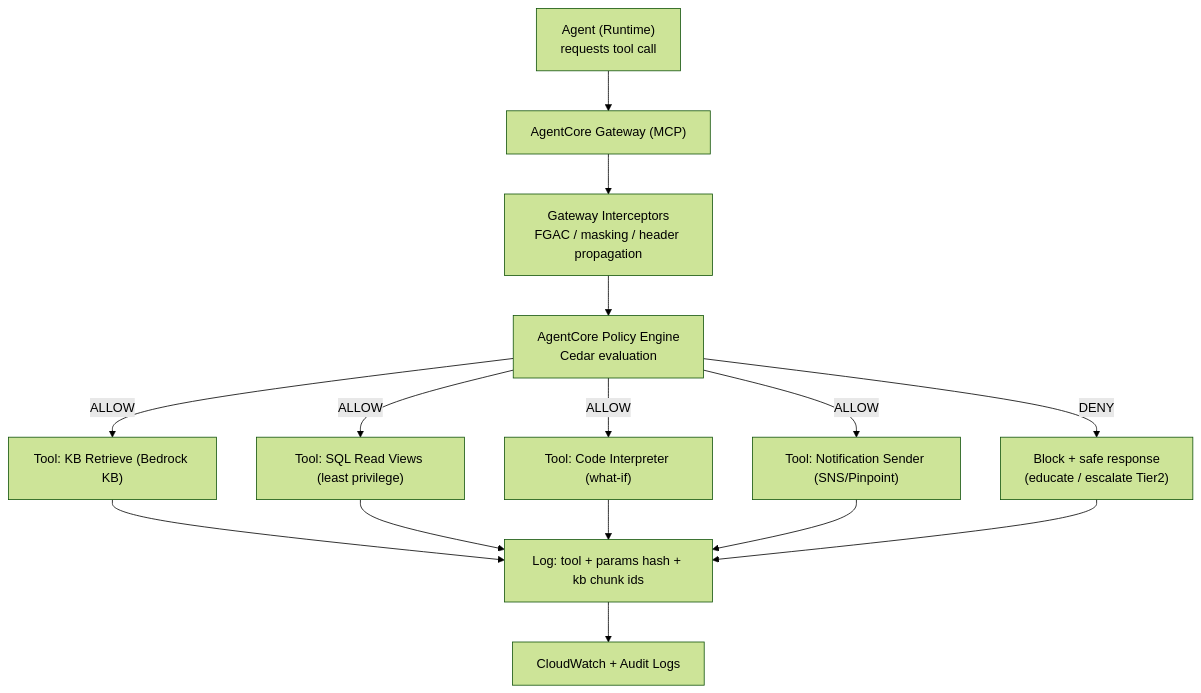
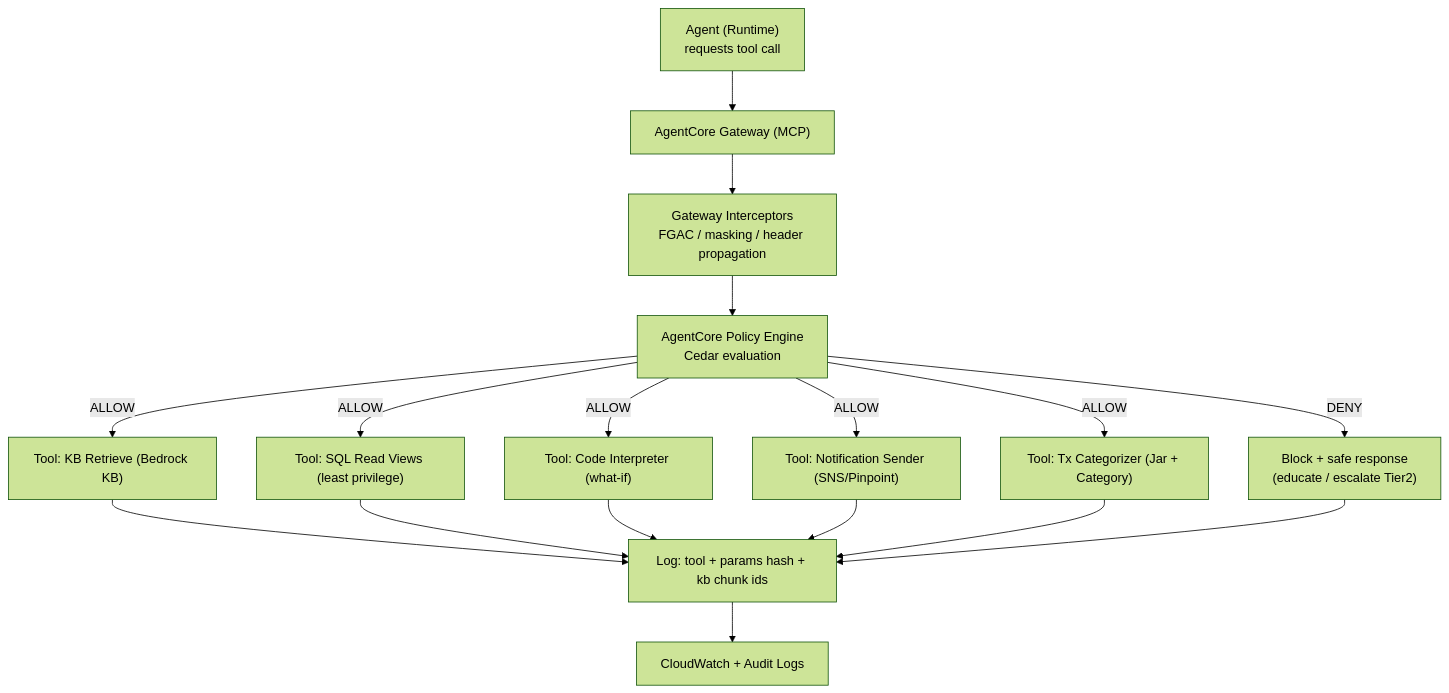
One commit to thphuc06/swin_hackathon changed the fifth of 6 diagrams in PROJECT_STACK.md. Above: the diagram before and after it, drawn with Mermaid (forest theme). The commit also changed other lines of this file and 1 other file, not shown here.

Commit message:
add model_data_train.md and additional logic flow

````diff
--- a/PROJECT_STACK.md
+++ b/PROJECT_STACK.md
@@ -366,20 +378,22 @@
 ```mermaid
 flowchart TD
   A["Agent (Runtime)<br/>requests tool call"] --> GW["AgentCore Gateway (MCP)"]
   GW --> INT["Gateway Interceptors<br/>FGAC / masking / header propagation"]
   INT --> P["AgentCore Policy Engine<br/>Cedar evaluation"]
 
   P -->|ALLOW| T0["Tool: KB Retrieve (Bedrock KB)"]
   P -->|ALLOW| T1["Tool: SQL Read Views (least privilege)"]
   P -->|ALLOW| T2["Tool: Code Interpreter (what-if)"]
   P -->|ALLOW| T3["Tool: Notification Sender (SNS/Pinpoint)"]
+  P -->|ALLOW| T4["Tool: Tx Categorizer (Jar + Category)"]
 
   P -->|DENY| D["Block + safe response<br/>(educate / escalate Tier2)"]
 
   T0 --> L["Log: tool + params hash + kb chunk ids"]
   T1 --> L
   T2 --> L
   T3 --> L
+  T4 --> L
   D --> L
   L --> CW["CloudWatch + Audit Logs"]
 ```
````
